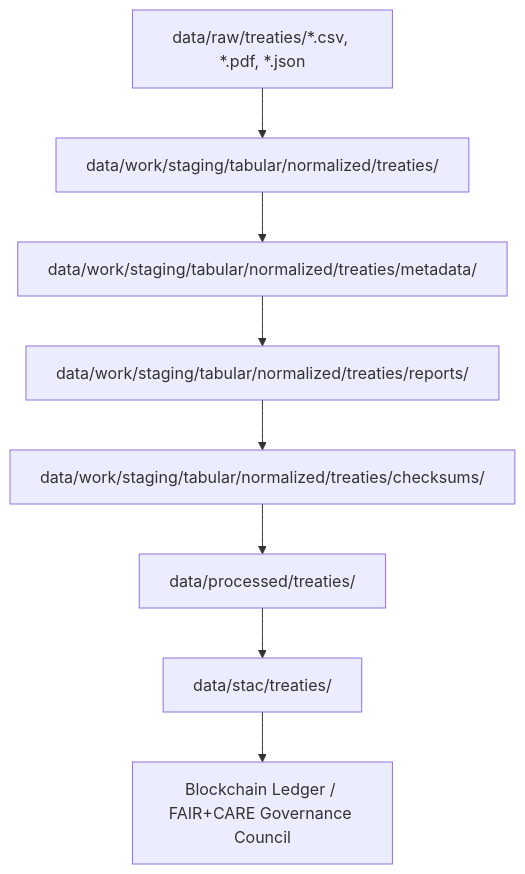
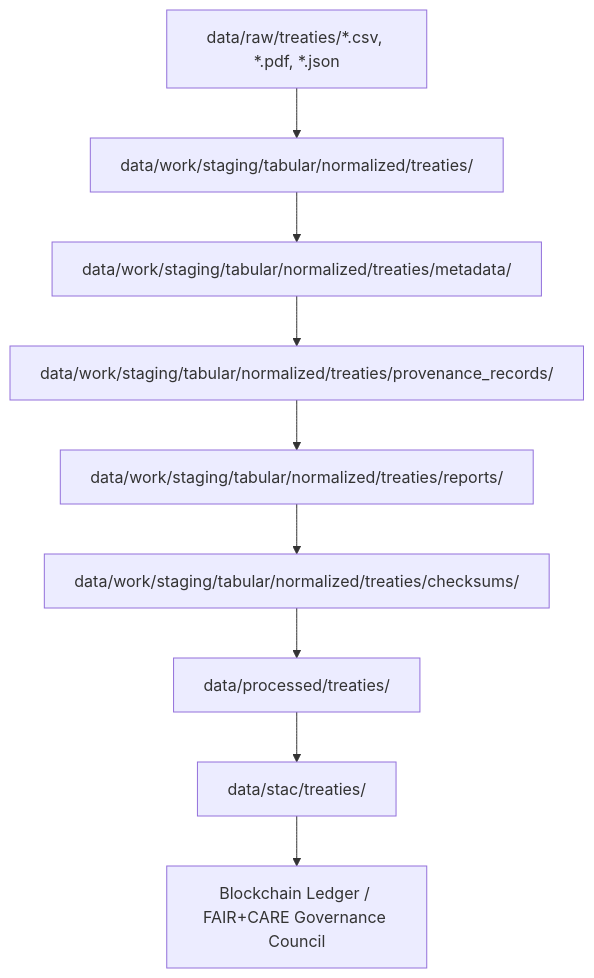
One commit to bartytime4life/Kansas-Frontier-Matrix changed the first of 2 diagrams in data/work/staging/tabular/normalized/treaties/metadata/README.md. Above: the diagram before and after it, drawn with Mermaid. The commit also changed other lines of this file, not shown here.

````diff
--- a/data/work/staging/tabular/normalized/treaties/metadata/README.md
+++ b/data/work/staging/tabular/normalized/treaties/metadata/README.md
@@ -63,10 +65,11 @@
 ```mermaid
 flowchart TD
     A["data/raw/treaties/*.csv, *.pdf, *.json"] --> B["data/work/staging/tabular/normalized/treaties/"]
     B --> C["data/work/staging/tabular/normalized/treaties/metadata/"]
-    C --> D["data/work/staging/tabular/normalized/treaties/reports/"]
-    D --> E["data/work/staging/tabular/normalized/treaties/checksums/"]
-    E --> F["data/processed/treaties/"]
-    F --> G["data/stac/treaties/"]
-    G --> H["Blockchain Ledger / FAIR+CARE Governance Council"]
+    C --> D["data/work/staging/tabular/normalized/treaties/provenance_records/"]
+    D --> E["data/work/staging/tabular/normalized/treaties/reports/"]
+    E --> F["data/work/staging/tabular/normalized/treaties/checksums/"]
+    F --> G["data/processed/treaties/"]
+    G --> H["data/stac/treaties/"]
+    H --> I["Blockchain Ledger / FAIR+CARE Governance Council"]
 ```
````
